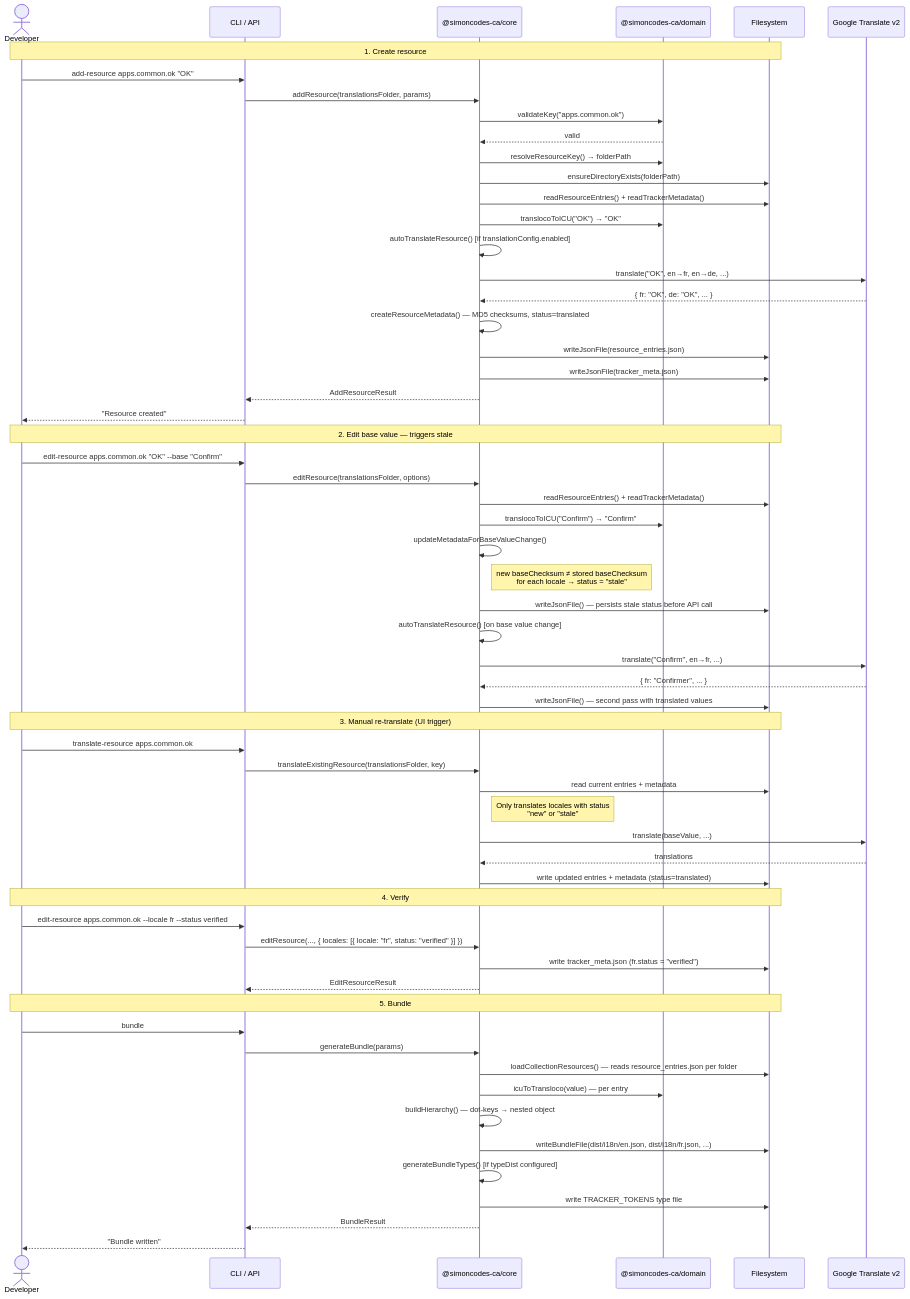
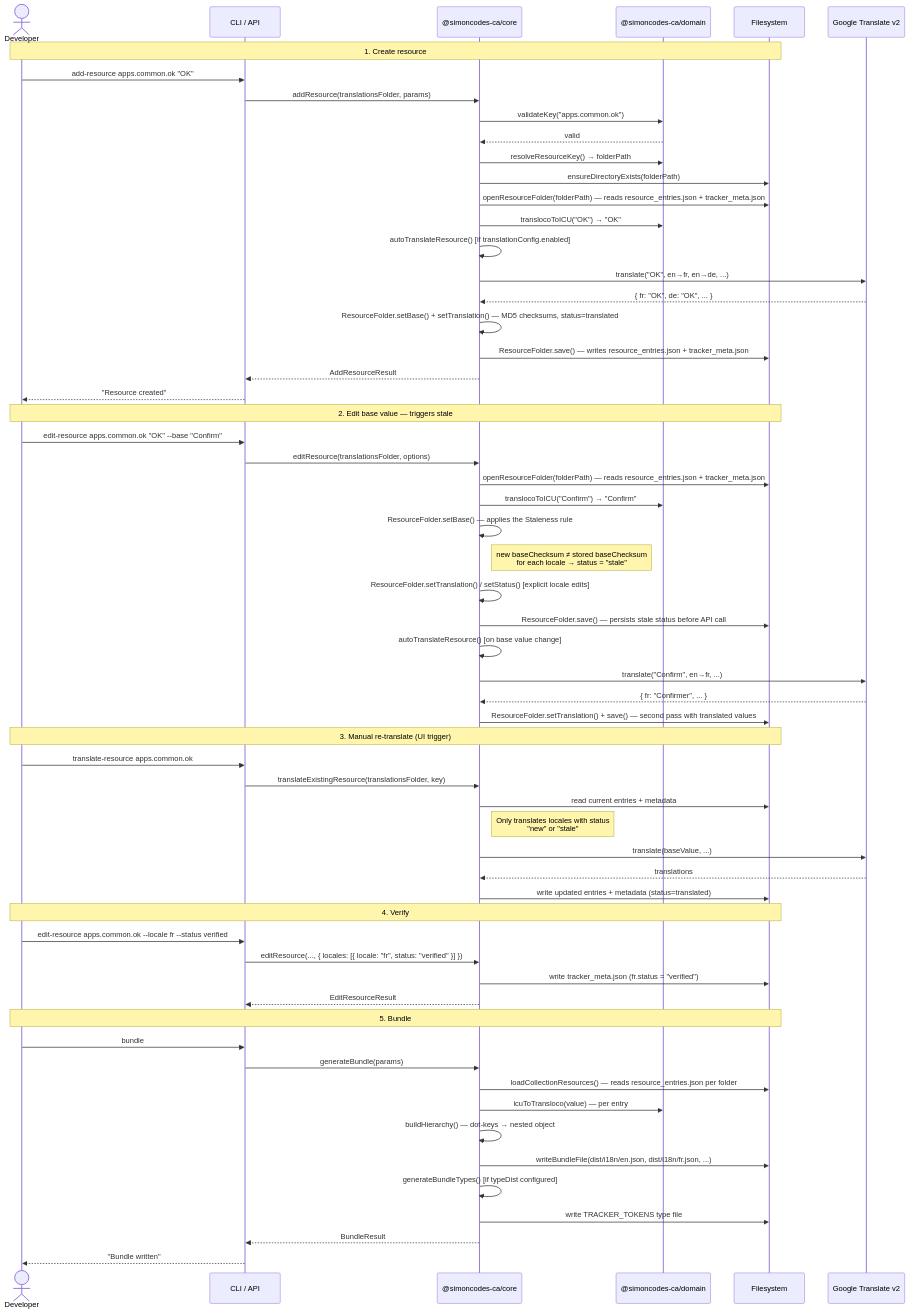
One commit to SimonNodel-AI/lingo-tracker changed the first of 8 diagrams in architecture-docs/user-flows.md. Above: the diagram before and after it, drawn with Mermaid. The commit also changed other lines of this file and 38 other files, not shown here.

````diff
--- a/architecture-docs/user-flows.md
+++ b/architecture-docs/user-flows.md
@@ -29,67 +29,67 @@
 ```mermaid
 sequenceDiagram
     actor Dev as Developer
     participant CLI as CLI / API
     participant Core as @simoncodes-ca/core
     participant Domain as @simoncodes-ca/domain
     participant FS as Filesystem
     participant Provider as Google Translate v2
 
     Note over Dev,FS: 1. Create resource
     Dev->>CLI: add-resource apps.common.ok "OK"
     CLI->>Core: addResource(translationsFolder, params)
     Core->>Domain: validateKey("apps.common.ok")
     Domain-->>Core: valid
     Core->>Domain: resolveResourceKey() → folderPath
     Core->>FS: ensureDirectoryExists(folderPath)
-    Core->>FS: readResourceEntries() + readTrackerMetadata()
+    Core->>FS: openResourceFolder(folderPath) — reads resource_entries.json + tracker_meta.json
     Core->>Domain: translocoToICU("OK") → "OK"
     Core->>Core: autoTranslateResource() [if translationConfig.enabled]
     Core->>Provider: translate("OK", en→fr, en→de, ...)
     Provider-->>Core: { fr: "OK", de: "OK", ... }
-    Core->>Core: createResourceMetadata() — MD5 checksums, status=translated
-    Core->>FS: writeJsonFile(resource_entries.json)
-    Core->>FS: writeJsonFile(tracker_meta.json)
+    Core->>Core: ResourceFolder.setBase() + setTranslation() — MD5 checksums, status=translated
+    Core->>FS: ResourceFolder.save() — writes resource_entries.json + tracker_meta.json
     Core-->>CLI: AddResourceResult
     CLI-->>Dev: "Resource created"
 
     Note over Dev,FS: 2. Edit base value — triggers stale
     Dev->>CLI: edit-resource apps.common.ok "OK" --base "Confirm"
     CLI->>Core: editResource(translationsFolder, options)
-    Core->>FS: readResourceEntries() + readTrackerMetadata()
+    Core->>FS: openResourceFolder(folderPath) — reads resource_entries.json + tracker_meta.json
     Core->>Domain: translocoToICU("Confirm") → "Confirm"
-    Core->>Core: updateMetadataForBaseValueChange()
+    Core->>Core: ResourceFolder.setBase() — applies the Staleness rule
     Note right of Core: new baseChecksum ≠ stored baseChecksum<br/>for each locale → status = "stale"
-    Core->>FS: writeJsonFile() — persists stale status before API call
+    Core->>Core: ResourceFolder.setTranslation() / setStatus() [explicit locale edits]
+    Core->>FS: ResourceFolder.save() — persists stale status before API call
     Core->>Core: autoTranslateResource() [on base value change]
     Core->>Provider: translate("Confirm", en→fr, ...)
     Provider-->>Core: { fr: "Confirmer", ... }
-    Core->>FS: writeJsonFile() — second pass with translated values
+    Core->>FS: ResourceFolder.setTranslation() + save() — second pass with translated values
 
     Note over Dev,FS: 3. Manual re-translate (UI trigger)
     Dev->>CLI: translate-resource apps.common.ok
     CLI->>Core: translateExistingResource(translationsFolder, key)
     Core->>FS: read current entries + metadata
     Note right of Core: Only translates locales with status<br/>"new" or "stale"
     Core->>Provider: translate(baseValue, ...)
     Provider-->>Core: translations
     Core->>FS: write updated entries + metadata (status=translated)
 
     Note over Dev,FS: 4. Verify
     Dev->>CLI: edit-resource apps.common.ok --locale fr --status verified
     CLI->>Core: editResource(..., { locales: [{ locale: "fr", status: "verified" }] })
     Core->>FS: write tracker_meta.json (fr.status = "verified")
     Core-->>CLI: EditResourceResult
 
     Note over Dev,FS: 5. Bundle
     Dev->>CLI: bundle
     CLI->>Core: generateBundle(params)
     Core->>FS: loadCollectionResources() — reads resource_entries.json per folder
     Core->>Domain: icuToTransloco(value) — per entry
     Core->>Core: buildHierarchy() — dot-keys → nested object
     Core->>FS: writeBundleFile(dist/i18n/en.json, dist/i18n/fr.json, ...)
     Core->>Core: generateBundleTypes() [if typeDist configured]
     Core->>FS: write TRACKER_TOKENS type file
     Core-->>CLI: BundleResult
     CLI-->>Dev: "Bundle written"
 ```
````
